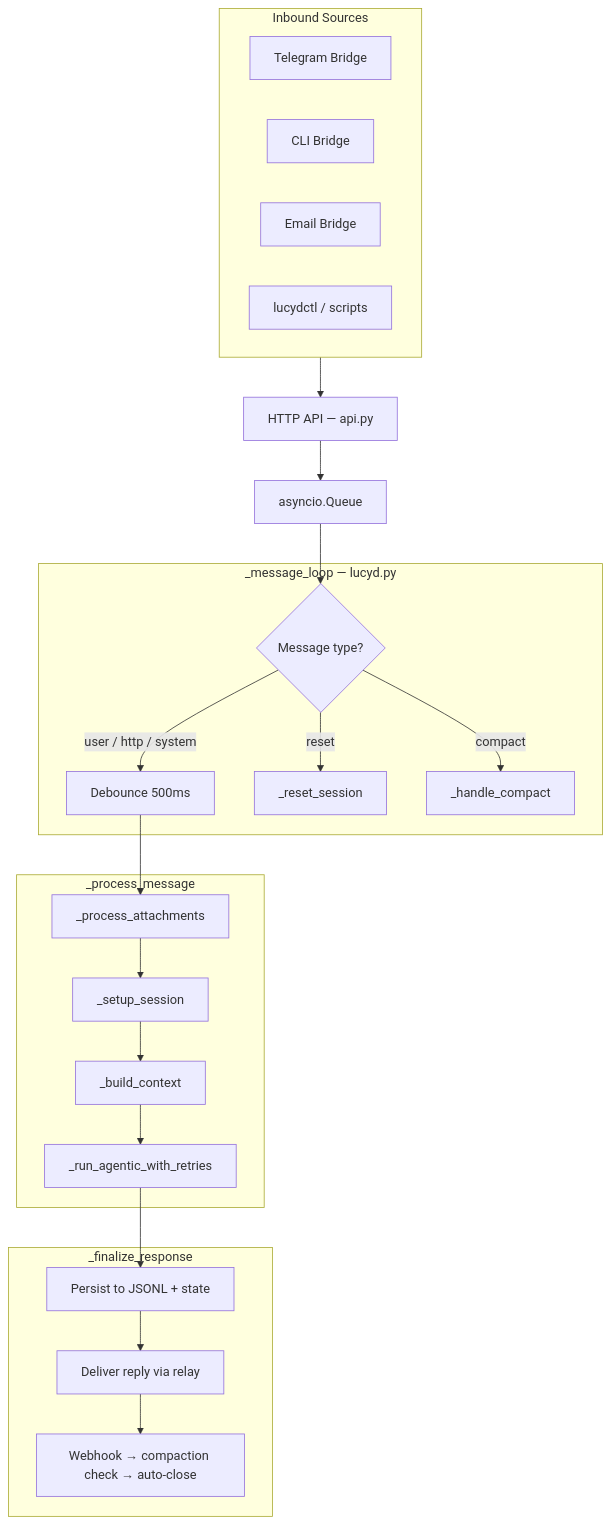
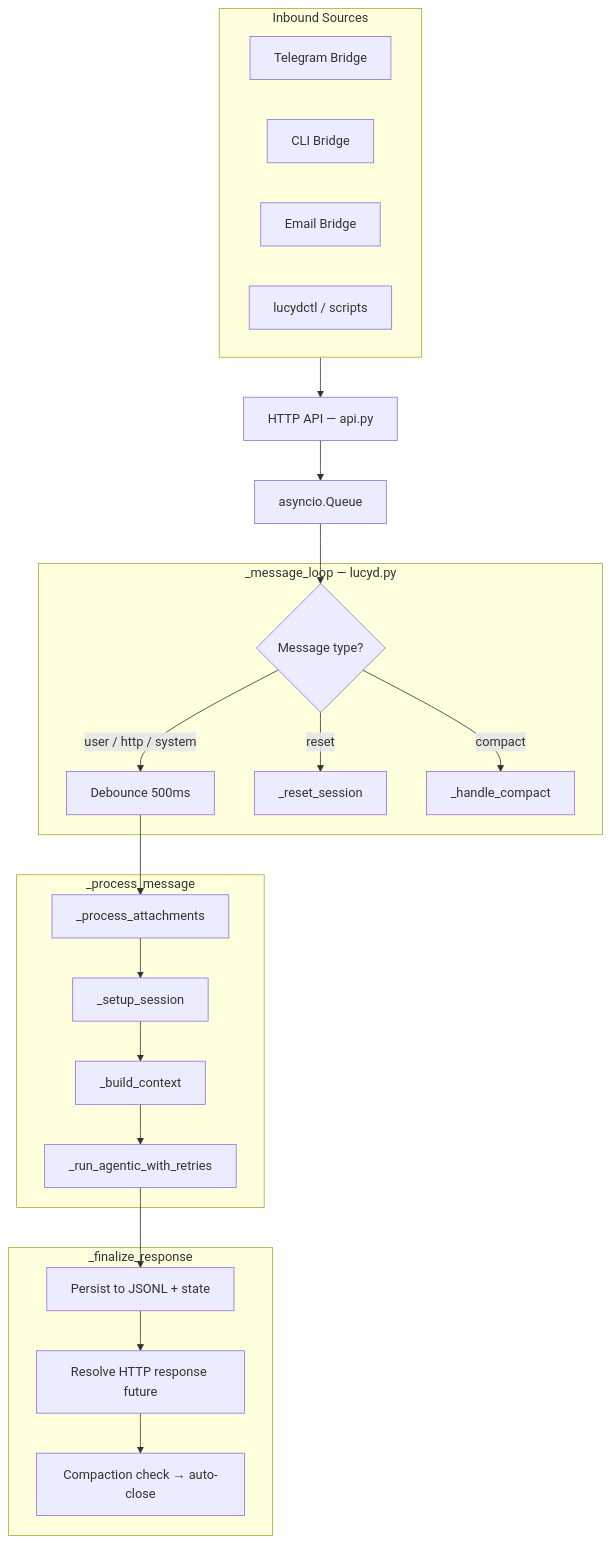
The first of 10 diagrams in docs/diagrams.md (nicolasforstinger/lucyd), drawn with Mermaid before and after one commit. The commit also changed other lines of this file and 8 other files, not shown here.

````diff
--- a/docs/diagrams.md
+++ b/docs/diagrams.md
@@ -11,40 +11,40 @@
 ```mermaid
 flowchart TD
     subgraph Sources["Inbound Sources"]
         TG["Telegram Bridge"]
         CLI["CLI Bridge"]
         EMAIL["Email Bridge"]
         CTL["lucydctl / scripts"]
     end
 
     HTTP["HTTP API — api.py"]
     Q["asyncio.Queue"]
 
     subgraph Loop["_message_loop — lucyd.py"]
         TYPE{"Message type?"}
         DEB["Debounce 500ms"]
         RESET["_reset_session"]
         COMPACT["_handle_compact"]
     end
 
     subgraph Process["_process_message"]
         ATTACH["_process_attachments"]
         SETUP["_setup_session"]
         BUILD["_build_context"]
         RUN["_run_agentic_with_retries"]
     end
 
     subgraph Finalize["_finalize_response"]
         PERSIST["Persist to JSONL + state"]
-        DELIVER["Deliver reply via relay"]
-        POST_HOOKS["Webhook → compaction check → auto-close"]
+        DELIVER["Resolve HTTP response future"]
+        POST_HOOKS["Compaction check → auto-close"]
     end
 
     Sources --> HTTP --> Q --> TYPE
     TYPE -->|"user / http / system"| DEB
     TYPE -->|reset| RESET
     TYPE -->|compact| COMPACT
 
     DEB --> ATTACH --> SETUP --> BUILD --> RUN
     RUN --> PERSIST --> DELIVER --> POST_HOOKS
 ```
````
